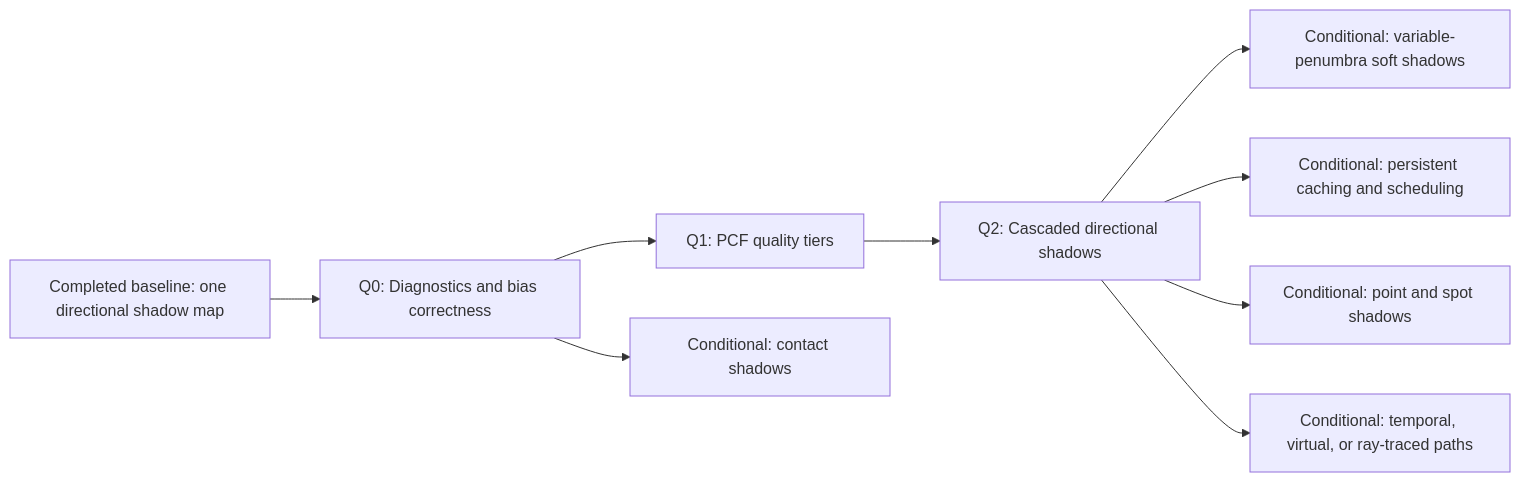
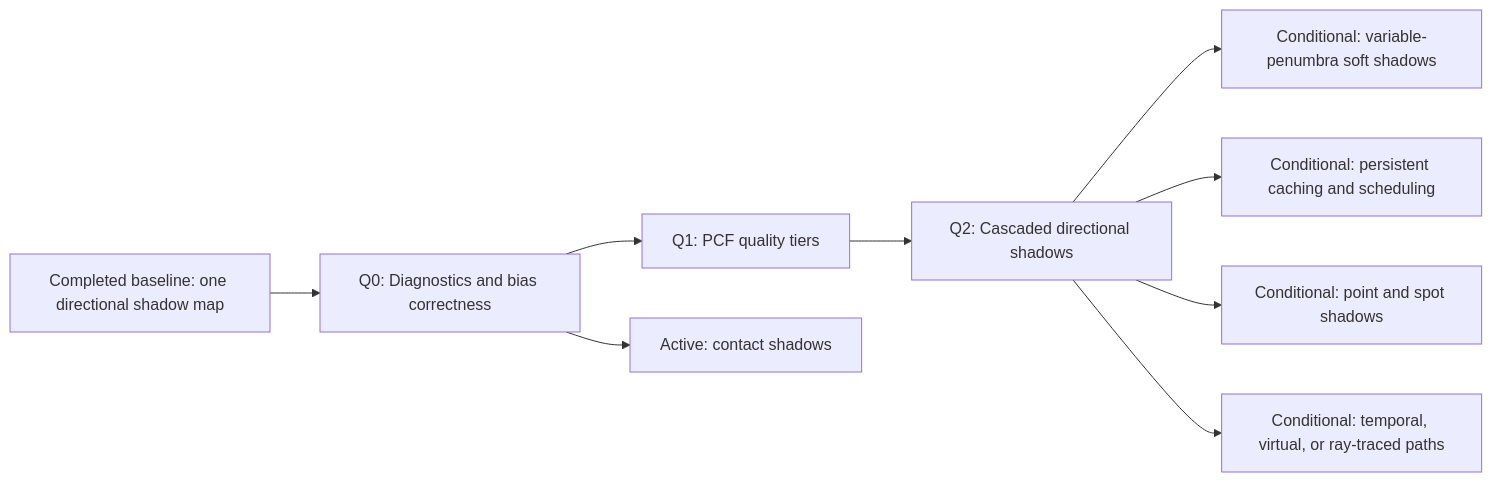
Before and after one commit to zhougy1996/Durin: the diagram in Documentation/Roadmaps/ShadowSystemEvolution.md, drawn with Mermaid. The commit also changed other lines of this file and 25 other files, not shown here.

First line of the commit message:
feat(renderer): improve directional contact shadows

````diff
--- a/Documentation/Roadmaps/ShadowSystemEvolution.md
+++ b/Documentation/Roadmaps/ShadowSystemEvolution.md
@@ -215,11 +217,11 @@
 ```mermaid
 flowchart LR
     B["Completed baseline: one directional shadow map"] --> Q0["Q0: Diagnostics and bias correctness"]
     Q0 --> Q1["Q1: PCF quality tiers"]
     Q1 --> Q2["Q2: Cascaded directional shadows"]
-    Q0 --> C["Conditional: contact shadows"]
+    Q0 --> C["Active: contact shadows"]
     Q2 --> S["Conditional: variable-penumbra soft shadows"]
     Q2 --> P["Conditional: persistent caching and scheduling"]
     Q2 --> L["Conditional: point and spot shadows"]
     Q2 --> T["Conditional: temporal, virtual, or ray-traced paths"]
 ```
````
